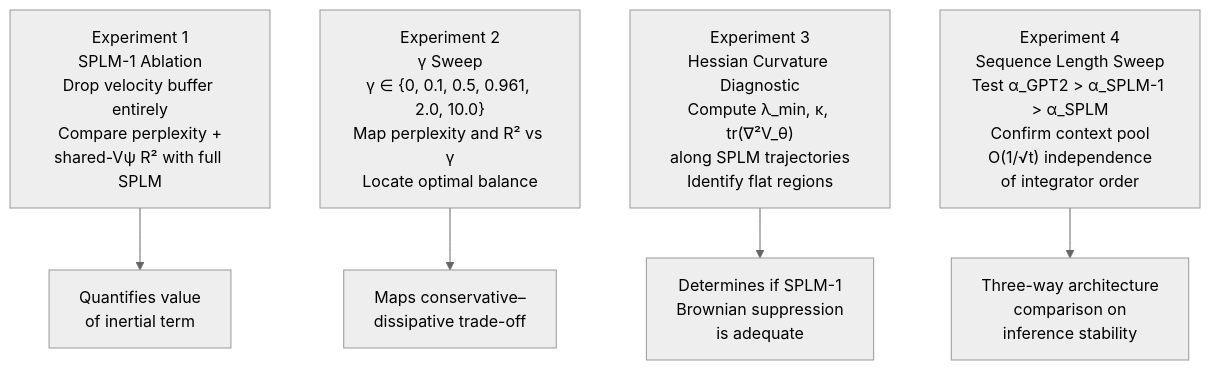
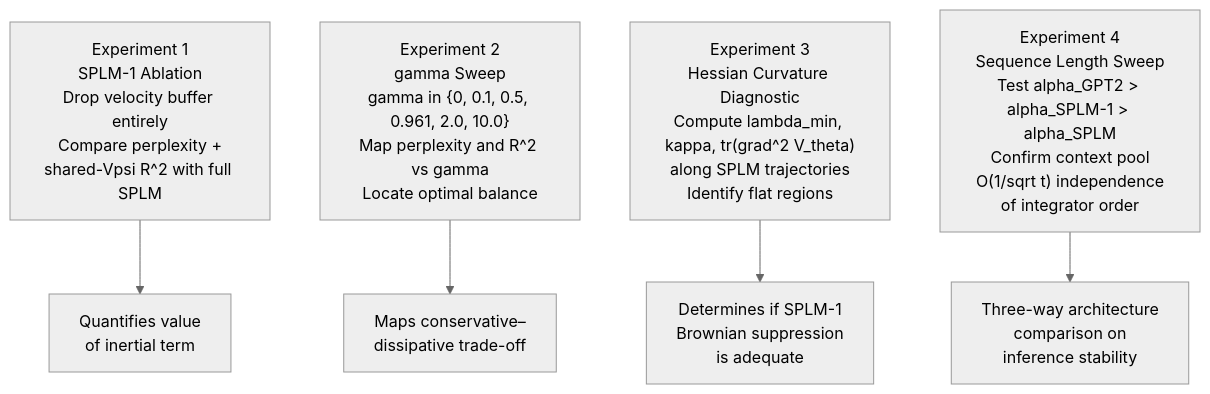
One commit to dimitarpg13/semsimula-paper changed the second of 2 diagrams in companion_notes/Replacing_The_Conservative_Mechanism_of_SPLM_with_First_Order.md. Above: the diagram before and after it, drawn with Mermaid (neutral theme). The commit also changed other lines of this file and 36 other files, not shown here.

First line of the commit message:
Sync companion notes: Claim A status update, Mermaid/LaTeX fixes, new files

````diff
--- a/companion_notes/Replacing_The_Conservative_Mechanism_of_SPLM_with_First_Order.md
+++ b/companion_notes/Replacing_The_Conservative_Mechanism_of_SPLM_with_First_Order.md
@@ -382,12 +382,12 @@
 ```mermaid
 flowchart TD
-    E1["Experiment 1\nSPLM-1 Ablation\nDrop velocity buffer entirely\nCompare perplexity +\nshared-Vψ R² with full SPLM"]
-    E2["Experiment 2\nγ Sweep\nγ ∈ {0, 0.1, 0.5, 0.961, 2.0, 10.0}\nMap perplexity and R² vs γ\nLocate optimal balance"]
-    E3["Experiment 3\nHessian Curvature Diagnostic\nCompute λ_min, κ, tr(∇²V_θ)\nalong SPLM trajectories\nIdentify flat regions"]
-    E4["Experiment 4\nSequence Length Sweep\nTest α_GPT2 > α_SPLM-1 > α_SPLM\nConfirm context pool\nO(1/√t) independence\nof integrator order"]
+    E1["Experiment 1\nSPLM-1 Ablation\nDrop velocity buffer entirely\nCompare perplexity +\nshared-Vpsi R^2 with full SPLM"]
+    E2["Experiment 2\ngamma Sweep\ngamma in {0, 0.1, 0.5, 0.961, 2.0, 10.0}\nMap perplexity and R^2 vs gamma\nLocate optimal balance"]
+    E3["Experiment 3\nHessian Curvature Diagnostic\nCompute lambda_min, kappa, tr(grad^2 V_theta)\nalong SPLM trajectories\nIdentify flat regions"]
+    E4["Experiment 4\nSequence Length Sweep\nTest alpha_GPT2 > alpha_SPLM-1 > alpha_SPLM\nConfirm context pool\nO(1/sqrt t) independence\nof integrator order"]
 
     E1 --> C1["Quantifies value\nof inertial term"]
     E2 --> C2["Maps conservative–\ndissipative trade-off"]
     E3 --> C3["Determines if SPLM-1\nBrownian suppression\nis adequate"]
     E4 --> C4["Three-way architecture\ncomparison on\ninference stability"]
 ```
````
